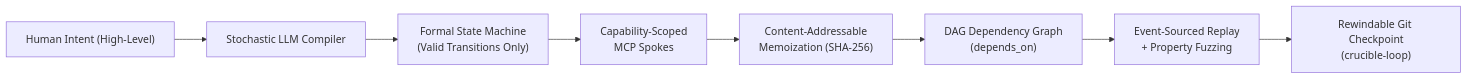
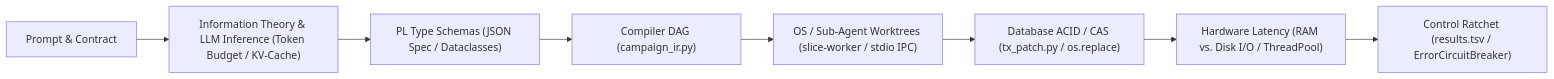
Before and after one commit to guarani-ux/Crucible-Domain: the diagram in Personal Work/CS_Opportunity_Map.md, drawn with Mermaid. The commit also changed other lines of this file, not shown here.

````diff
--- a/Personal Work/CS_Opportunity_Map.md
+++ b/Personal Work/CS_Opportunity_Map.md
@@ -57,10 +17,10 @@
 ```mermaid
 flowchart LR
-    INTENT["Human Intent (High-Level)"] --> LLM["Stochastic LLM Compiler"]
-    LLM --> FSM["Formal State Machine\n(Valid Transitions Only)"]
-    FSM --> CAP["Capability-Scoped\nMCP Spokes"]
-    CAP --> CACHE["Content-Addressable\nMemoization (SHA-256)"]
-    CACHE --> DAG["DAG Dependency Graph\n(depends_on)"]
-    DAG --> REPLAY["Event-Sourced Replay\n+ Property Fuzzing"]
-    REPLAY --> GIT["Rewindable Git Checkpoint\n(crucible-loop)"]
+    PROMPT["Prompt & Contract"] --> INF["Information Theory & LLM Inference (Token Budget / KV-Cache)"]
+    INF --> TYPES["PL Type Schemas (JSON Spec / Dataclasses)"]
+    TYPES --> DAG["Compiler DAG (campaign_ir.py)"]
+    DAG --> OS["OS / Sub-Agent Worktrees (slice-worker / stdio IPC)"]
+    OS --> DB["Database ACID / CAS (tx_patch.py / os.replace)"]
+    DB --> HW["Hardware Latency (RAM vs. Disk I/O / ThreadPool)"]
+    HW --> CTRL["Control Ratchet (results.tsv / ErrorCircuitBreaker)"]
 ```
````
